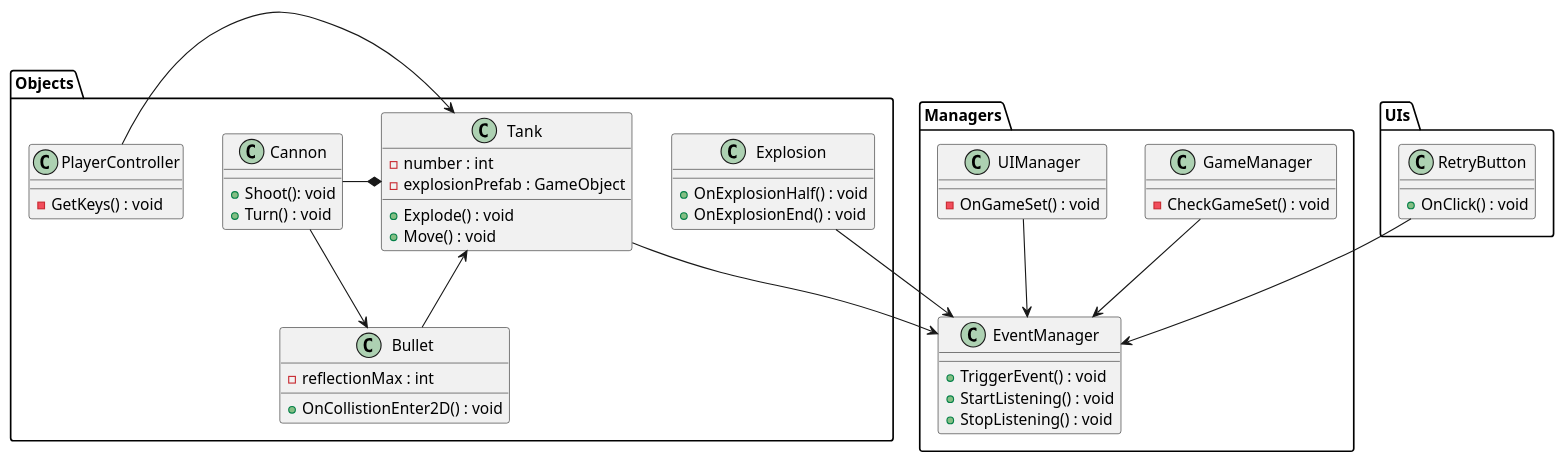
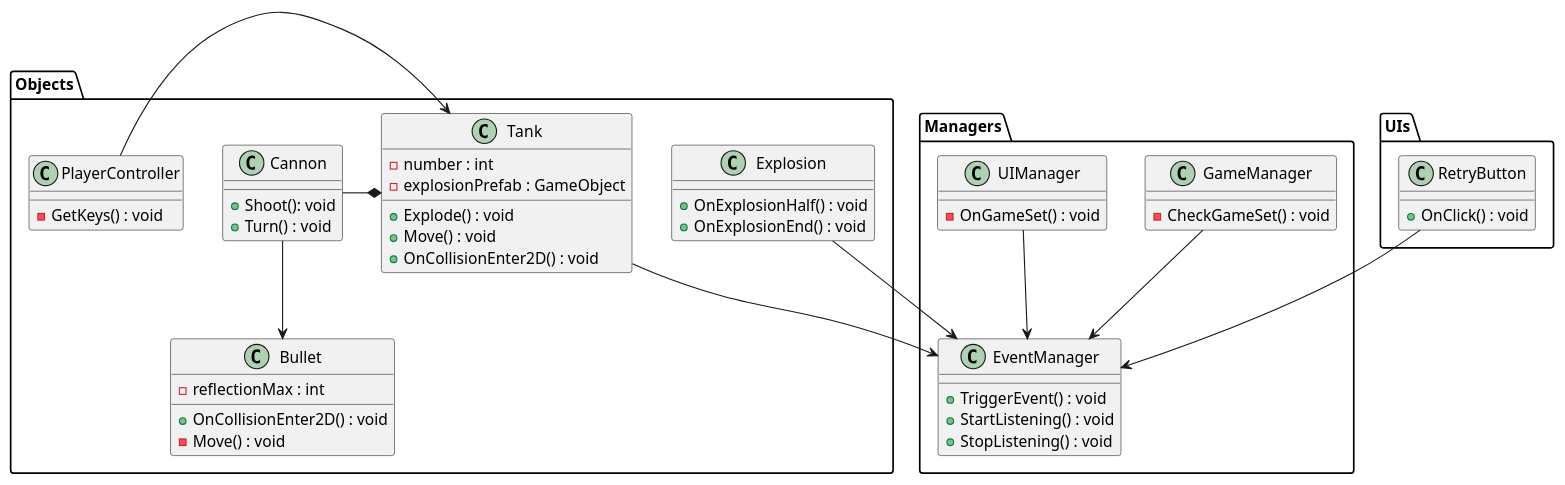
Before and after one commit to konbraphat51/Tank: the diagram in UML/Class.puml, drawn with PlantUML. The commit also changed 2 other files, not shown here.

Commit message:
UML after refac

```diff
--- a/UML/Class.puml
+++ b/UML/Class.puml
@@ -1,71 +1,71 @@
 @startuml
 
 package Objects{
     class Bullet{
         -reflectionMax : int
-        +OnCollistionEnter2D() : void
+        +OnCollisionEnter2D() : void
+        -Move() : void
     }
 
     class Tank{
         -number : int
         -explosionPrefab : GameObject
         +Explode() : void
         +Move() : void
+        +OnCollisionEnter2D() : void
     }
 
     class Explosion{
         +OnExplosionHalf() : void
         +OnExplosionEnd() : void
     }
 
     class Cannon{
         +Shoot(): void
         +Turn() : void
     }
 
     class PlayerController{
         -GetKeys() : void
     }
 }
 
 package Managers{
     class EventManager{
         +TriggerEvent() : void
         +StartListening() : void
         +StopListening() : void
     }
 
     class GameManager{
         -CheckGameSet() : void
     }
 
     class UIManager{
         -OnGameSet() : void
     }
 }
 
 package UIs{
     class RetryButton{
         +OnClick() : void
     }
 }
 
 PlayerController -> Tank
 
 Tank *- Cannon
 
 Cannon --> Bullet
 
-Bullet --> Tank
-
 Explosion --> EventManager
 
 GameManager --> EventManager
 
 RetryButton --> EventManager
 
 Tank --> EventManager
 
 UIManager --> EventManager
 
 @enduml
```
